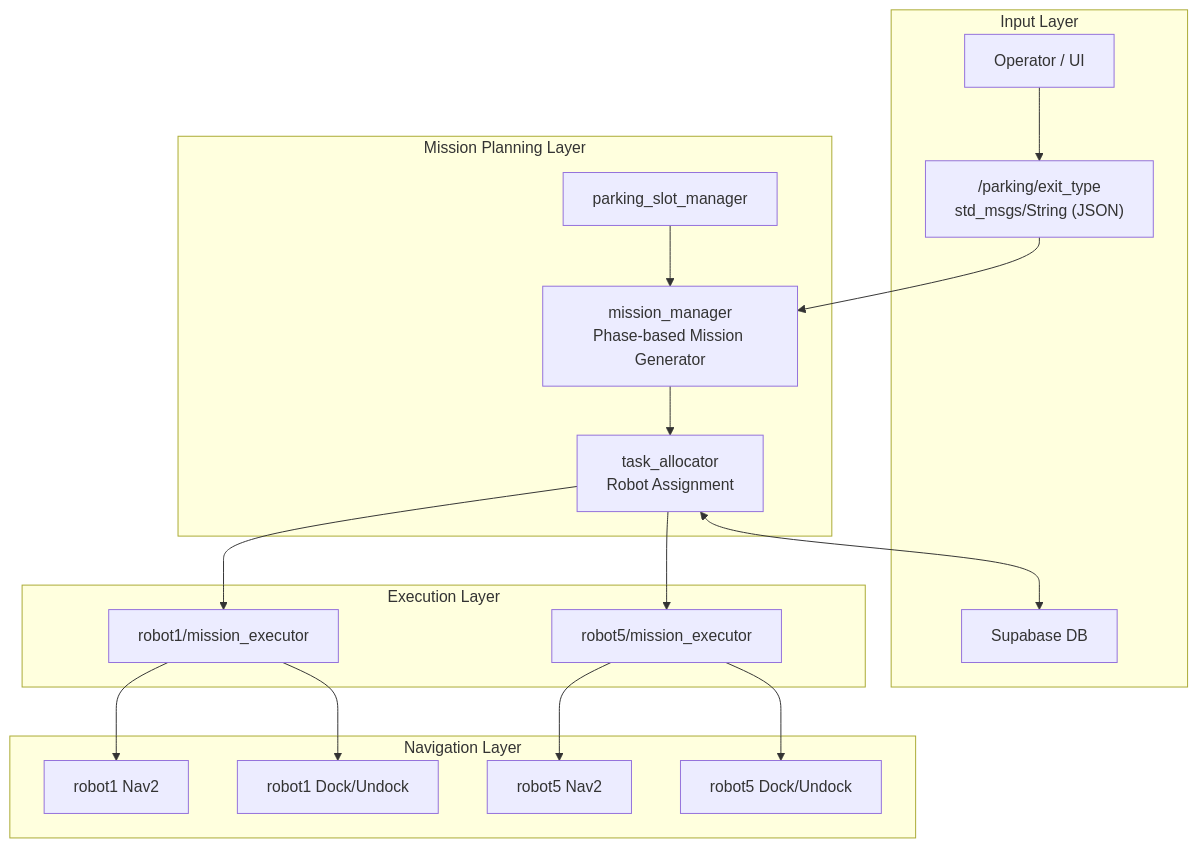
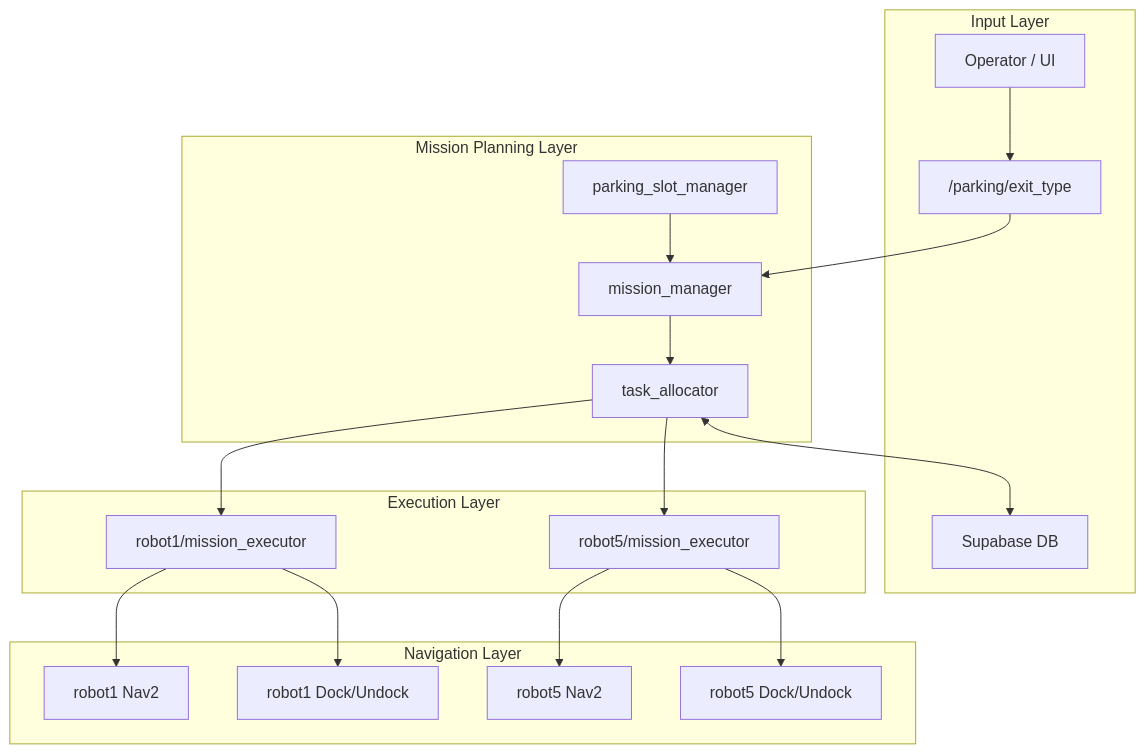
Before and after one commit to amogae7/ROKEY_Projects: the diagram in README.md, drawn with Mermaid. The commit also changed other lines of this file, not shown here.

````diff
--- a/README.md
+++ b/README.md
@@ -28,39 +23,39 @@
 ```mermaid
 flowchart TD
 
 subgraph L0["Input Layer"]
     USER["Operator / UI"]
-    EXIT["/parking/exit_type<br/>std_msgs/String (JSON)"]
+    EXIT["/parking/exit_type"]
     DB["Supabase DB"]
 end
 
 subgraph L1["Mission Planning Layer"]
     SLOT["parking_slot_manager"]
-    MM["mission_manager<br/>Phase-based Mission Generator"]
-    TA["task_allocator<br/>Robot Assignment"]
+    MM["mission_manager"]
+    TA["task_allocator"]
 end
 
 subgraph L2["Execution Layer"]
     ME1["robot1/mission_executor"]
     ME5["robot5/mission_executor"]
 end
 
 subgraph L3["Navigation Layer"]
     NAV1["robot1 Nav2"]
     NAV5["robot5 Nav2"]
     DOCK1["robot1 Dock/Undock"]
     DOCK5["robot5 Dock/Undock"]
 end
 
 USER --> EXIT
 EXIT --> MM
 SLOT --> MM
 MM --> TA
 TA --> ME1
 TA --> ME5
 ME1 --> NAV1
 ME5 --> NAV5
 ME1 --> DOCK1
 ME5 --> DOCK5
 TA <--> DB
 ```
````
